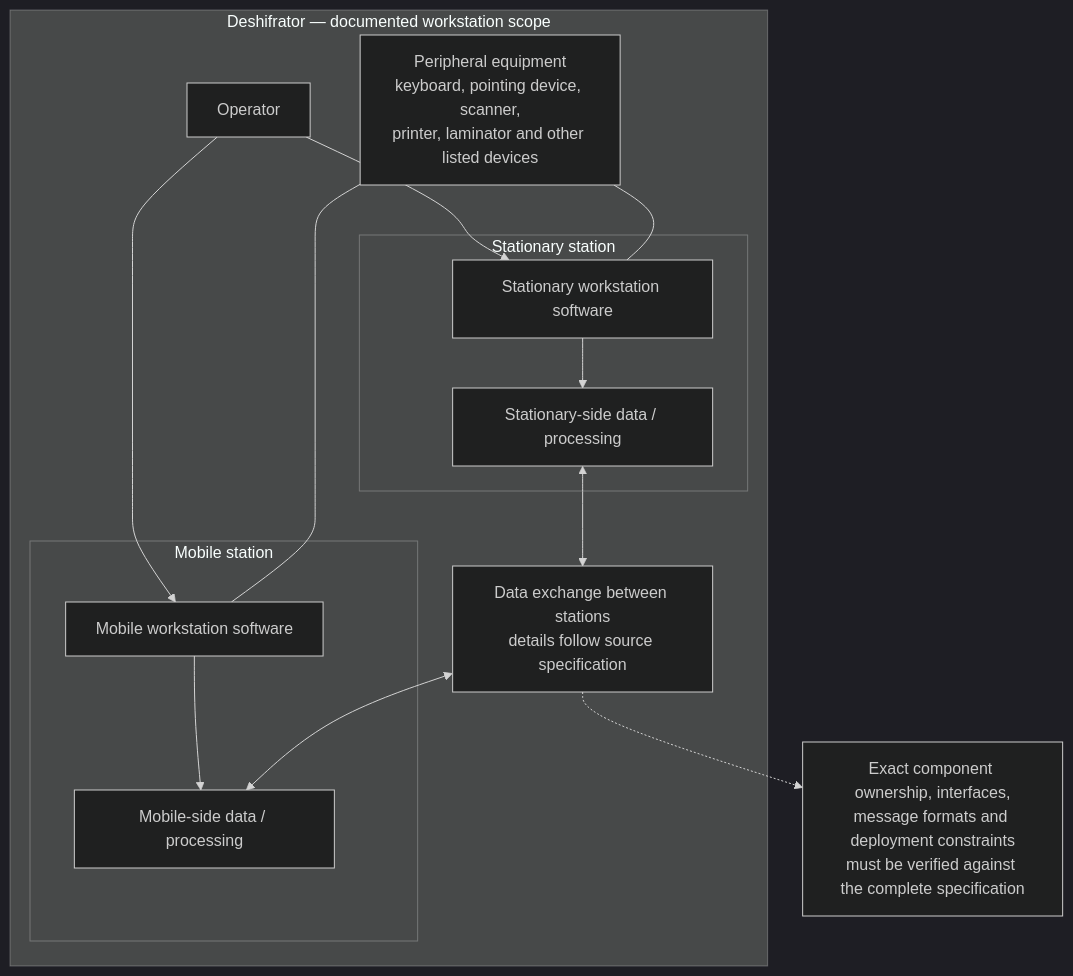
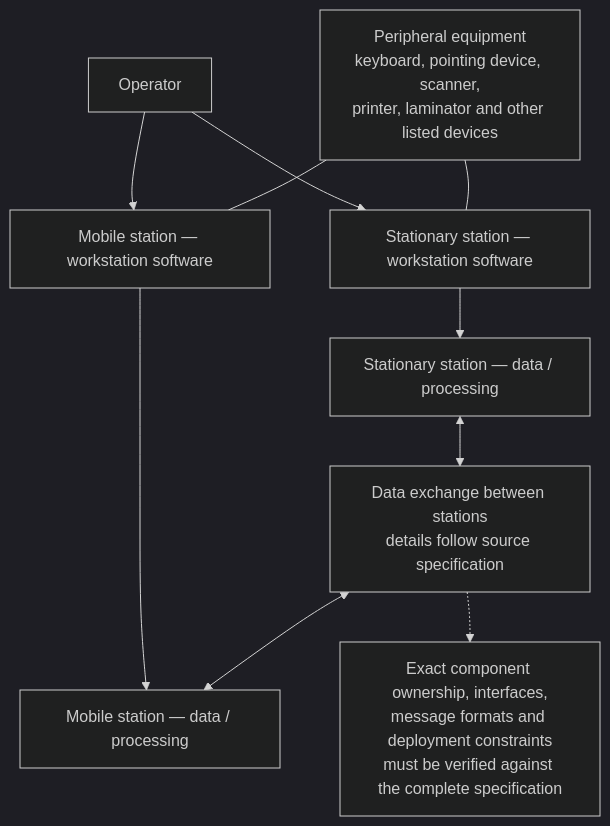
One commit to ekatmoz88-alt/territory-descriptor-unified changed the seventh of 10 diagrams in materials/architecture/README.md. Above: the diagram before and after it, drawn with Mermaid (dark theme). The commit also changed other lines of this file, not shown here.

````diff
--- a/materials/architecture/README.md
+++ b/materials/architecture/README.md
@@ -187,26 +188,20 @@
 ```mermaid
 flowchart TB
   OP["Operator"]
-  subgraph DESH["Deshifrator — documented workstation scope"]
-    subgraph ST["Stationary station"]
-      STUI["Stationary workstation software"]
-      STDATA["Stationary-side data / processing"]
-    end
-    subgraph MOB["Mobile station"]
-      MOBUI["Mobile workstation software"]
-      MOBDATA["Mobile-side data / processing"]
-    end
-    EXCHANGE["Data exchange between stations<br/>details follow source specification"]
-    HW["Peripheral equipment<br/>keyboard, pointing device, scanner,<br/>printer, laminator and other listed devices"]
-    OP --> STUI
-    OP --> MOBUI
-    STUI --> STDATA
-    MOBUI --> MOBDATA
-    STDATA <--> EXCHANGE
-    EXCHANGE <--> MOBDATA
-    HW --- STUI
-    HW --- MOBUI
-  end
+  STUI["Stationary station — workstation software"]
+  STDATA["Stationary station — data / processing"]
+  MOBUI["Mobile station — workstation software"]
+  MOBDATA["Mobile station — data / processing"]
+  EXCHANGE["Data exchange between stations<br/>details follow source specification"]
+  HW["Peripheral equipment<br/>keyboard, pointing device, scanner,<br/>printer, laminator and other listed devices"]
   UNK["Exact component ownership, interfaces,<br/>message formats and deployment constraints<br/>must be verified against the complete specification"]
+  OP --> STUI
+  OP --> MOBUI
+  STUI --> STDATA
+  MOBUI --> MOBDATA
+  STDATA <--> EXCHANGE
+  EXCHANGE <--> MOBDATA
+  HW --- STUI
+  HW --- MOBUI
   EXCHANGE -.-> UNK
 ```
````
